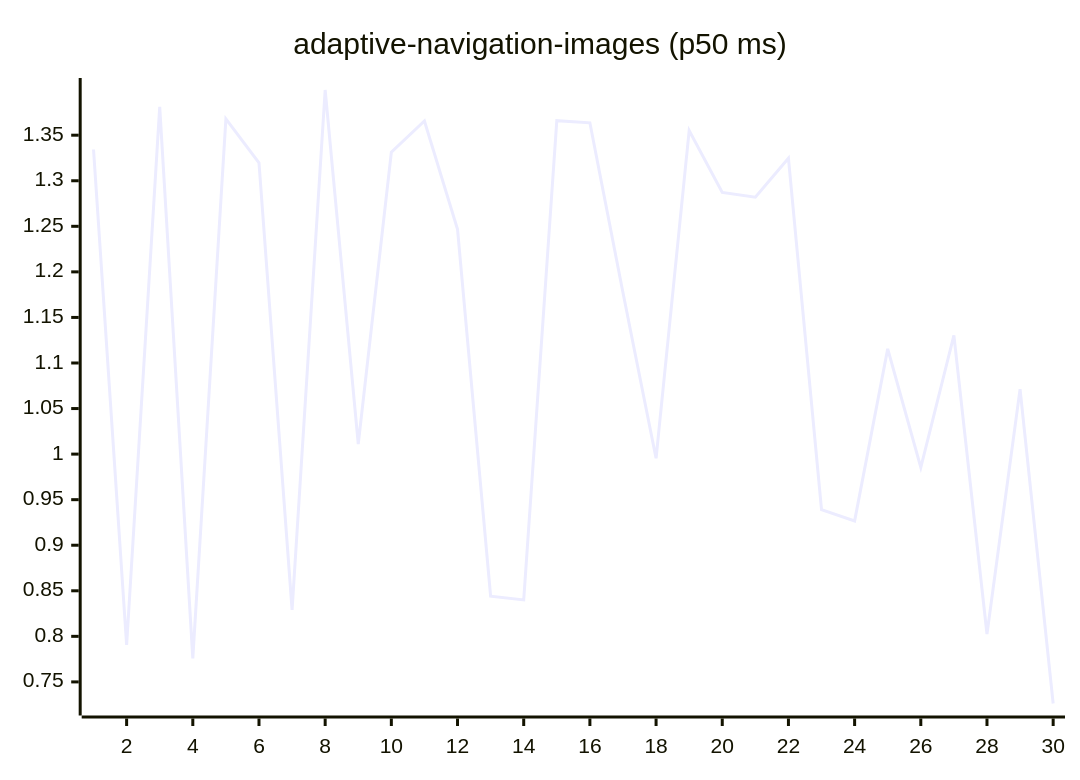
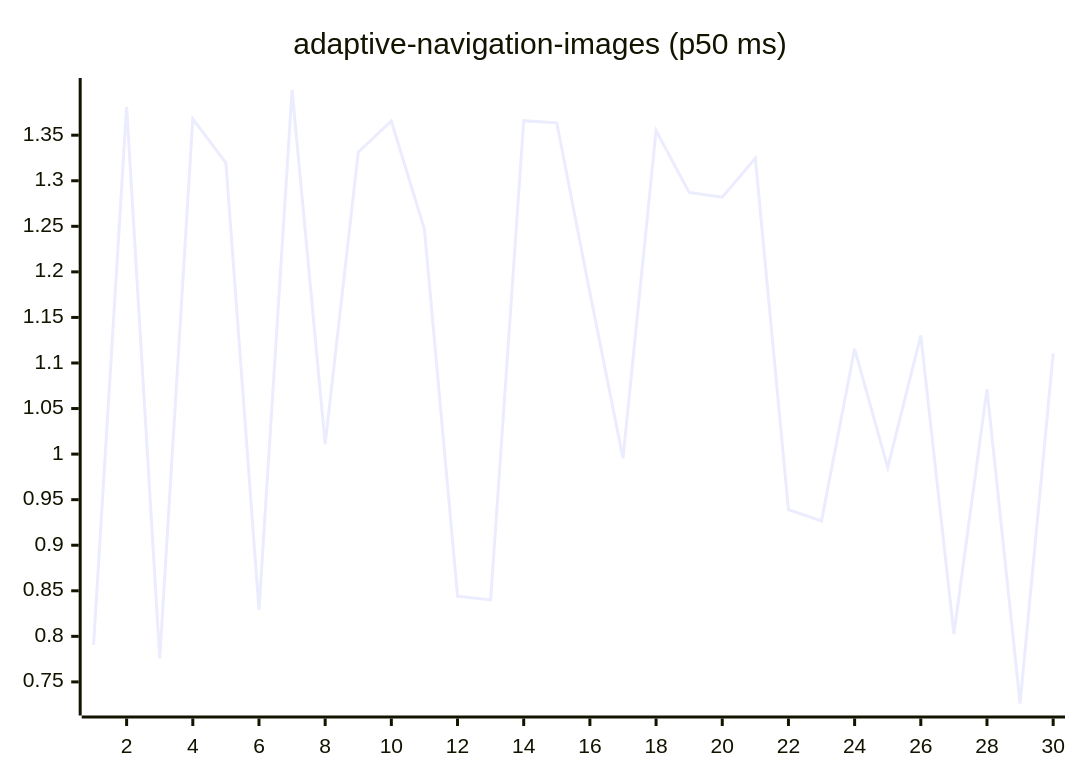
The first of 27 diagrams in README.md (josha/Facet), drawn with Mermaid before and after one commit. The commit also changed other lines of this file and 2 other files, not shown here.

````diff
--- a/README.md
+++ b/README.md
@@ -63,6 +63,6 @@
 ```mermaid
 xychart-beta
     title "adaptive-navigation-images (p50 ms)"
     x-axis 1 --> 30
-    line [1.3343, 0.7905, 1.3810, 0.7758, 1.3680, 1.3197, 0.8291, 1.3996, 1.0110, 1.3313, 1.3656, 1.2466, 0.8441, 0.8400, 1.3659, 1.3636, 1.1770, 0.9954, 1.3550, 1.2872, 1.2820, 1.3247, 0.9391, 0.9267, 1.1155, 0.9853, 1.1303, 0.8026, 1.0713, 0.7263]
+    line [0.7905, 1.3810, 0.7758, 1.3680, 1.3197, 0.8291, 1.3996, 1.0110, 1.3313, 1.3656, 1.2466, 0.8441, 0.8400, 1.3659, 1.3636, 1.1770, 0.9954, 1.3550, 1.2872, 1.2820, 1.3247, 0.9391, 0.9267, 1.1155, 0.9853, 1.1303, 0.8026, 1.0713, 0.7263, 1.1106]
 ```
````
